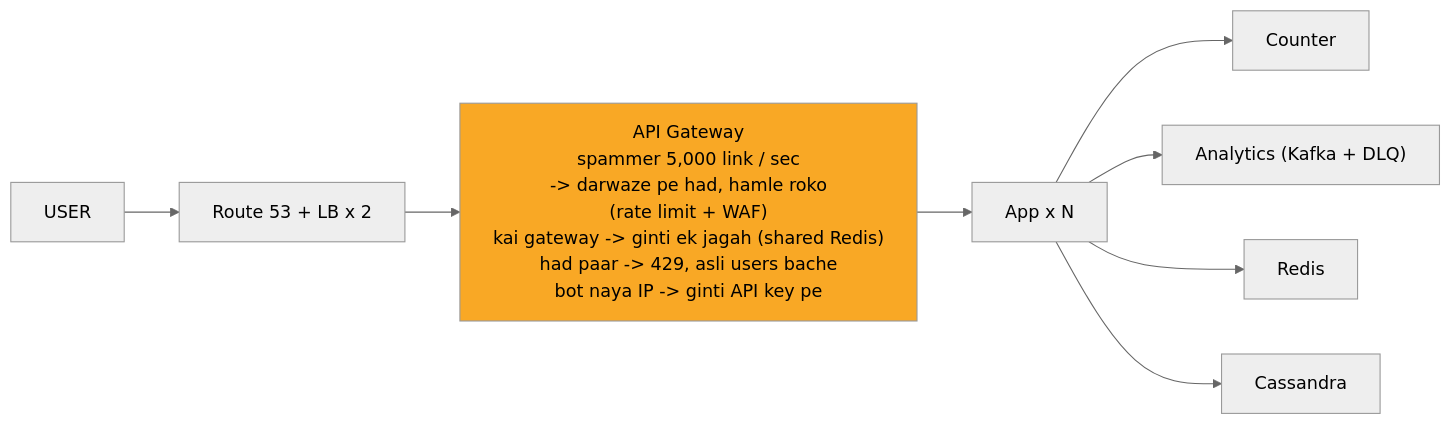
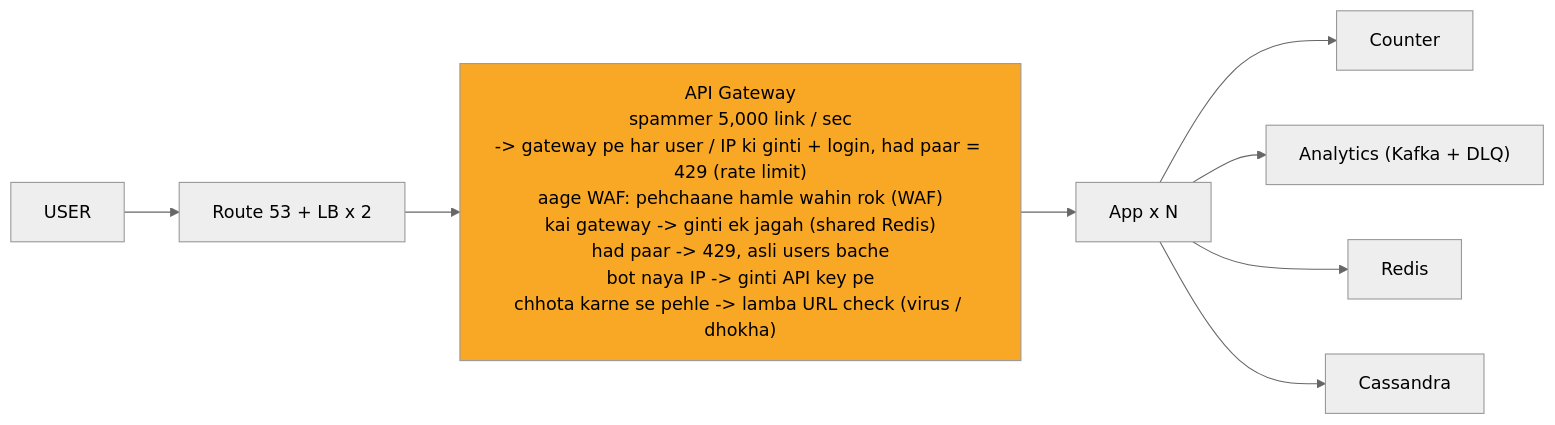
Before and after one commit to ArpanMaheshwari144/Prep: the ninth of 10 diagrams in 04_HLD/SYSTEM_DESIGNS/01_url_shortener/01_url_shortener.md, drawn with Mermaid (neutral theme). The commit also changed other lines of this file and 13 other files, not shown here.

````diff
--- a/04_HLD/SYSTEM_DESIGNS/01_url_shortener/01_url_shortener.md
+++ b/04_HLD/SYSTEM_DESIGNS/01_url_shortener/01_url_shortener.md
@@ -394,20 +398,20 @@
 ```mermaid
 %%{init: {"flowchart": {"wrappingWidth": 450}}}%%
 flowchart LR
     n_USER["USER"]
     n_EDGE["Route 53 + LB x 2"]
-    n_API_Gateway["API Gateway<br/>spammer 5,000 link / sec<br/>-> darwaze pe had, hamle roko<br/>(rate limit + WAF)<br/>kai gateway -> ginti ek jagah (shared Redis)<br/>had paar -> 429, asli users bache<br/>bot naya IP -> ginti API key pe"]
+    n_API_Gateway["API Gateway<br/>spammer 5,000 link / sec<br/>-> gateway pe har user / IP ki ginti + login, had paar = 429 (rate limit)<br/>aage WAF: pehchaane hamle wahin rok (WAF)<br/>kai gateway -> ginti ek jagah (shared Redis)<br/>had paar -> 429, asli users bache<br/>bot naya IP -> ginti API key pe<br/>chhota karne se pehle -> lamba URL check (virus / dhokha)"]
     n_App_xN["App x N"]
     n_Counter["Counter"]
     n_ANA["Analytics (Kafka + DLQ)"]
     n_Redis["Redis"]
     n_Cassandra["Cassandra"]
     n_USER --> n_EDGE
     n_EDGE --> n_API_Gateway
     n_API_Gateway --> n_App_xN
     n_App_xN --> n_Counter
     n_App_xN --> n_ANA
     n_App_xN --> n_Redis
     n_App_xN --> n_Cassandra
     style n_API_Gateway fill:#f9a825,color:#000
 ```
````
